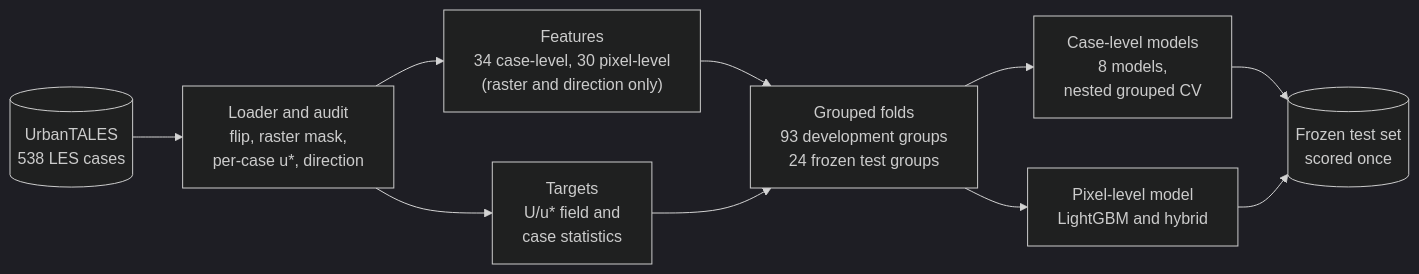
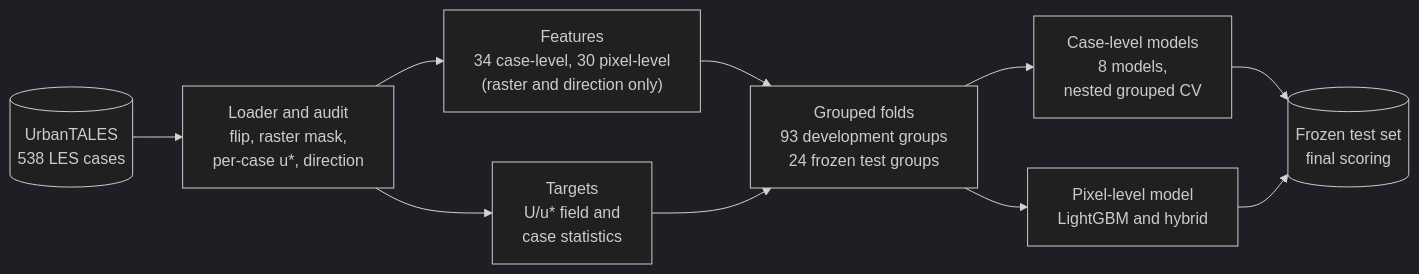
The diagram in README.md (Arya756/Urban-Microclimate-Modelling), drawn with Mermaid (dark theme) before and after one commit. The commit also changed other lines of this file and 7 other files, not shown here.

````diff
--- a/README.md
+++ b/README.md
@@ -53,12 +53,12 @@
 ```mermaid
 flowchart LR
     A[("UrbanTALES<br/>538 LES cases")] --> B["Loader and audit<br/>flip, raster mask,<br/>per-case u*, direction"]
     B --> C["Features<br/>34 case-level, 30 pixel-level<br/>(raster and direction only)"]
     B --> D["Targets<br/>U/u* field and<br/>case statistics"]
     C --> E["Grouped folds<br/>93 development groups<br/>24 frozen test groups"]
     D --> E
     E --> F["Case-level models<br/>8 models,<br/>nested grouped CV"]
     E --> G["Pixel-level model<br/>LightGBM and hybrid"]
-    F --> H[("Frozen test set<br/>scored once")]
+    F --> H[("Frozen test set<br/>final scoring")]
     G --> H
 ```
````
